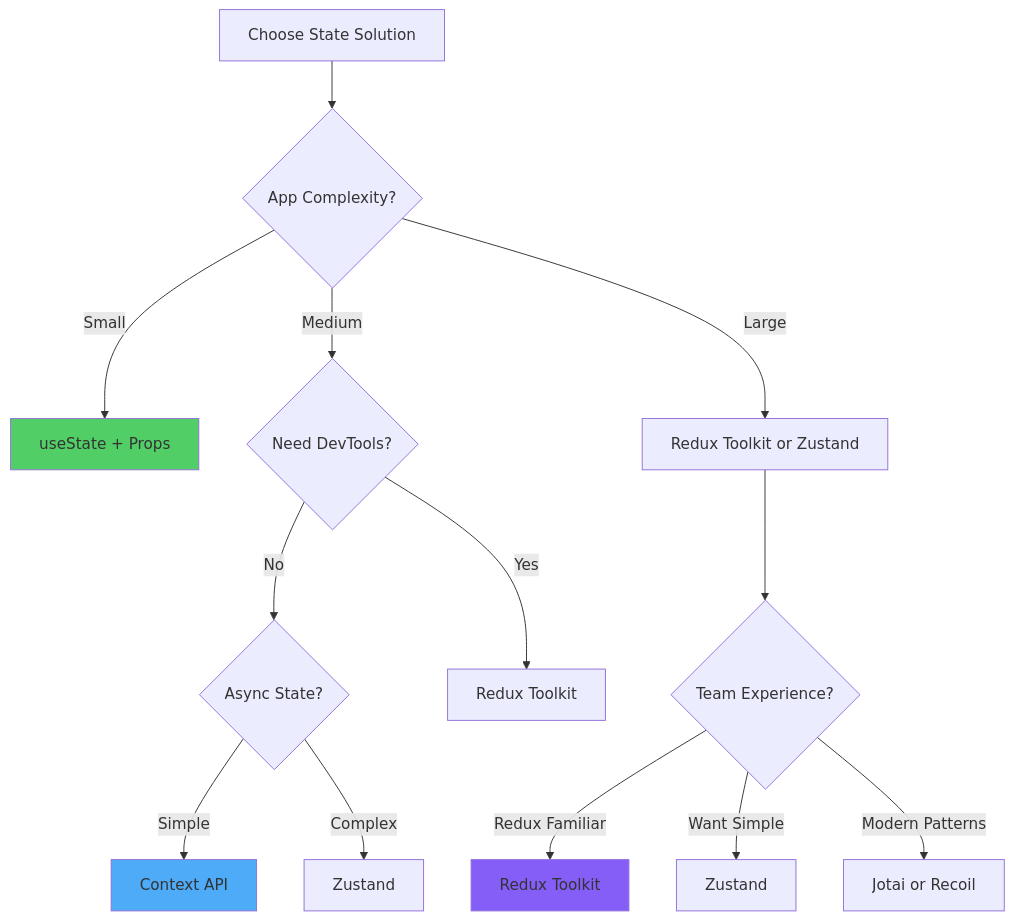
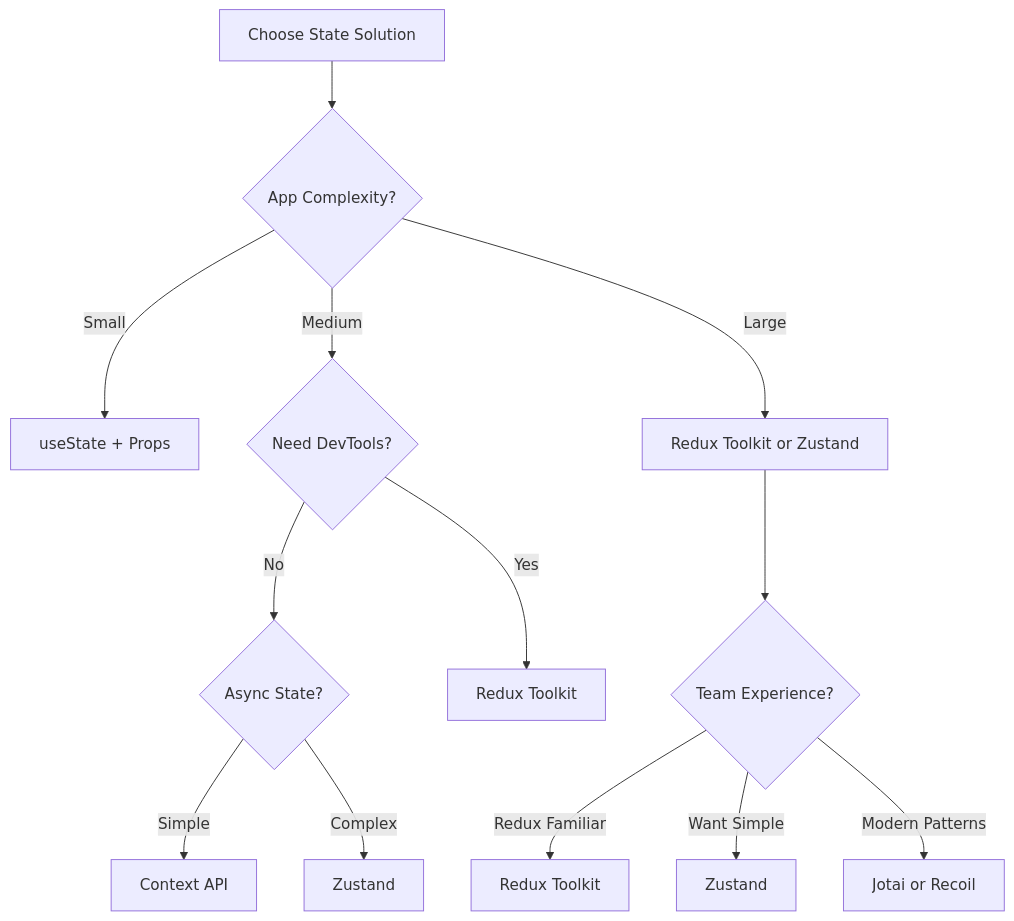
One commit to BabaScience/react-guides changed the seventh of 7 diagrams in arguments/chapters/06-state-management.md. Above: the diagram before and after it, drawn with Mermaid. The commit also changed other lines of this file and 29 other files, not shown here.

First line of the commit message:
Bring React FR/IT translations to full English parity + theme-safe diagrams

````diff
--- a/arguments/chapters/06-state-management.md
+++ b/arguments/chapters/06-state-management.md
@@ -2017,23 +2004,20 @@
 ```mermaid
 graph TD
     A[Choose State Solution] --> B{App Complexity?}
     
     B -->|Small| C[useState + Props]
     B -->|Medium| D{Need DevTools?}
     B -->|Large| E[Redux Toolkit or Zustand]
     
     D -->|No| F{Async State?}
     D -->|Yes| G[Redux Toolkit]
     
     F -->|Simple| H[Context API]
     F -->|Complex| I[Zustand]
     
     E --> J{Team Experience?}
     J -->|Redux Familiar| K[Redux Toolkit]
     J -->|Want Simple| L[Zustand]
     J -->|Modern Patterns| M[Jotai or Recoil]
     
-    style C fill:#51cf66
-    style H fill:#4dabf7
-    style K fill:#845ef7
 ```
````
